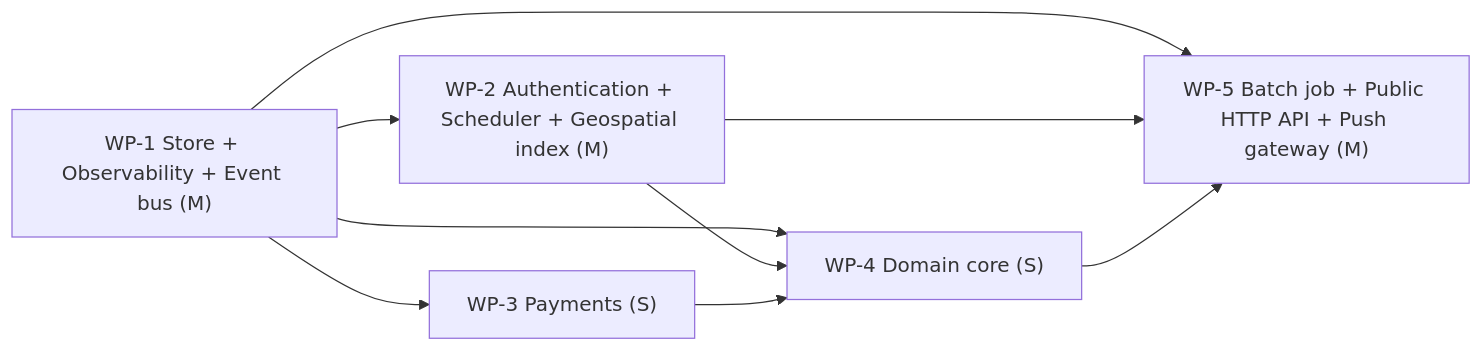
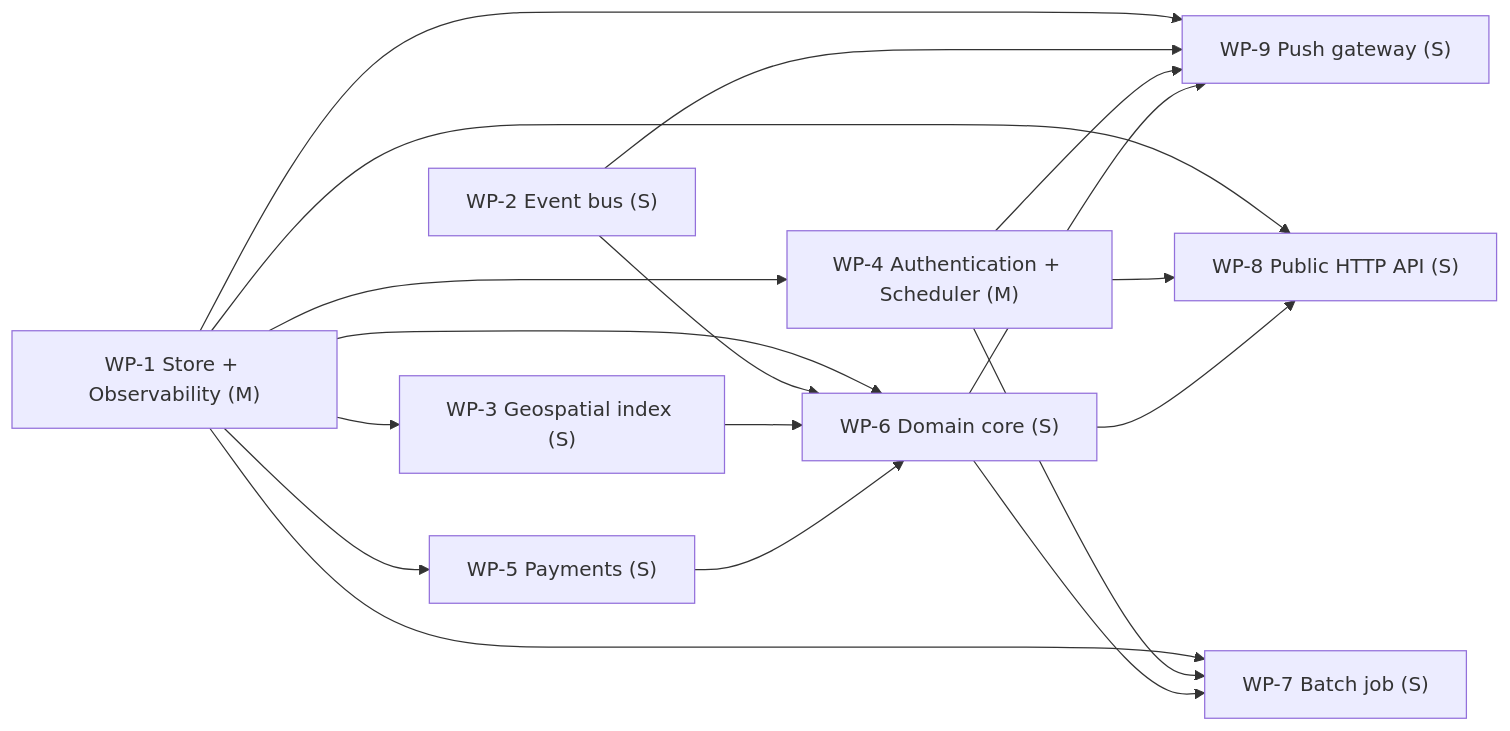
The third of 3 diagrams in examples/eval/ride.DESIGN.md (yui9696/sekkei), drawn with Mermaid before and after one commit. The commit also changed other lines of this file and 25 other files, not shown here.

````diff
--- a/examples/eval/ride.DESIGN.md
+++ b/examples/eval/ride.DESIGN.md
@@ -687,16 +687,29 @@
 ```mermaid
 graph LR
-  WP_1["WP-1 Store + Observability + Event bus (M)"]
-  WP_2["WP-2 Authentication + Scheduler + Geospatial index (M)"]
-  WP_3["WP-3 Payments (S)"]
-  WP_4["WP-4 Domain core (S)"]
-  WP_5["WP-5 Batch job + Public HTTP API + Push gateway (M)"]
-  WP_1 --> WP_2
+  WP_1["WP-1 Store + Observability (M)"]
+  WP_2["WP-2 Event bus (S)"]
+  WP_3["WP-3 Geospatial index (S)"]
+  WP_4["WP-4 Authentication + Scheduler (M)"]
+  WP_5["WP-5 Payments (S)"]
+  WP_6["WP-6 Domain core (S)"]
+  WP_7["WP-7 Batch job (S)"]
+  WP_8["WP-8 Public HTTP API (S)"]
+  WP_9["WP-9 Push gateway (S)"]
   WP_1 --> WP_3
   WP_1 --> WP_4
-  WP_2 --> WP_4
-  WP_3 --> WP_4
   WP_1 --> WP_5
-  WP_2 --> WP_5
-  WP_4 --> WP_5
+  WP_1 --> WP_6
+  WP_2 --> WP_6
+  WP_3 --> WP_6
+  WP_5 --> WP_6
+  WP_1 --> WP_7
+  WP_4 --> WP_7
+  WP_6 --> WP_7
+  WP_1 --> WP_8
+  WP_4 --> WP_8
+  WP_6 --> WP_8
+  WP_1 --> WP_9
+  WP_2 --> WP_9
+  WP_4 --> WP_9
+  WP_6 --> WP_9
 ```
````
